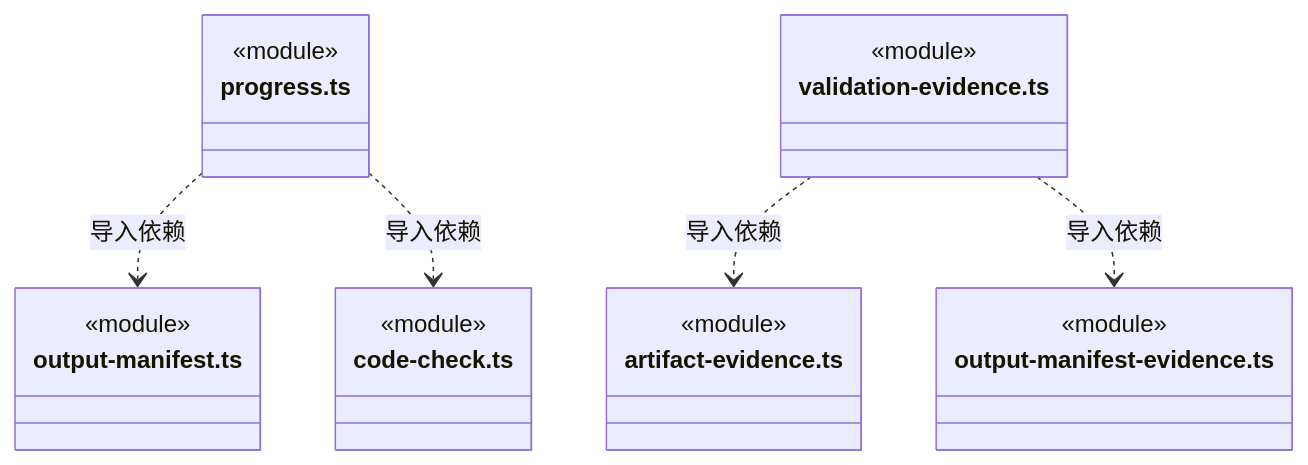
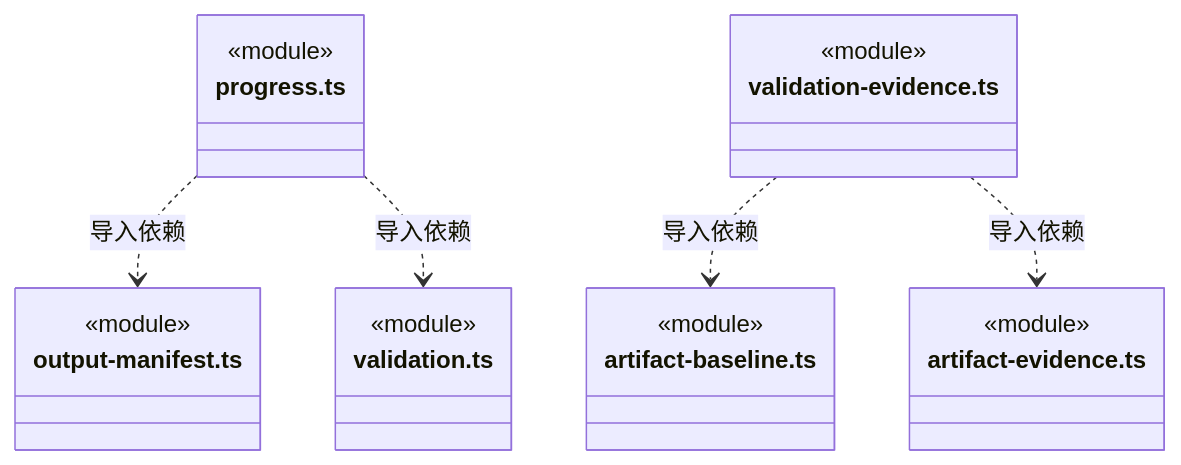
Before and after one commit to nan023062/cbim: diagram 41 of 46 in src/logic/evidence/rules/ARCHITECTURE.md, drawn with Mermaid. The commit also changed other lines of this file and 112 other files, not shown here.

Commit message:
docs: align source architecture with current declarations and contracts

````diff
--- a/src/logic/evidence/rules/ARCHITECTURE.md
+++ b/src/logic/evidence/rules/ARCHITECTURE.md
@@ -953,25 +941,25 @@
 ```mermaid
 classDiagram
 class N_src_logic_evidence_rules_progress_ts["progress.ts"] {
   <<module>>
 }
 class N_src_logic_evidence_rules_output_manifest_ts["output-manifest.ts"] {
   <<module>>
 }
-class N_src_logic_evidence_rules_code_check_ts["code-check.ts"] {
+class N_src_logic_evidence_rules_validation_ts["validation.ts"] {
   <<module>>
 }
 class N_src_logic_evidence_rules_validation_evidence_ts["validation-evidence.ts"] {
   <<module>>
 }
+class N_src_logic_evidence_rules_artifact_baseline_ts["artifact-baseline.ts"] {
+  <<module>>
+}
 class N_src_logic_evidence_rules_artifact_evidence_ts["artifact-evidence.ts"] {
   <<module>>
 }
-class N_src_logic_evidence_rules_output_manifest_evidence_ts["output-manifest-evidence.ts"] {
-  <<module>>
-}
 N_src_logic_evidence_rules_progress_ts ..> N_src_logic_evidence_rules_output_manifest_ts : 导入依赖
-N_src_logic_evidence_rules_progress_ts ..> N_src_logic_evidence_rules_code_check_ts : 导入依赖
+N_src_logic_evidence_rules_progress_ts ..> N_src_logic_evidence_rules_validation_ts : 导入依赖
+N_src_logic_evidence_rules_validation_evidence_ts ..> N_src_logic_evidence_rules_artifact_baseline_ts : 导入依赖
 N_src_logic_evidence_rules_validation_evidence_ts ..> N_src_logic_evidence_rules_artifact_evidence_ts : 导入依赖
-N_src_logic_evidence_rules_validation_evidence_ts ..> N_src_logic_evidence_rules_output_manifest_evidence_ts : 导入依赖
 ```
````
